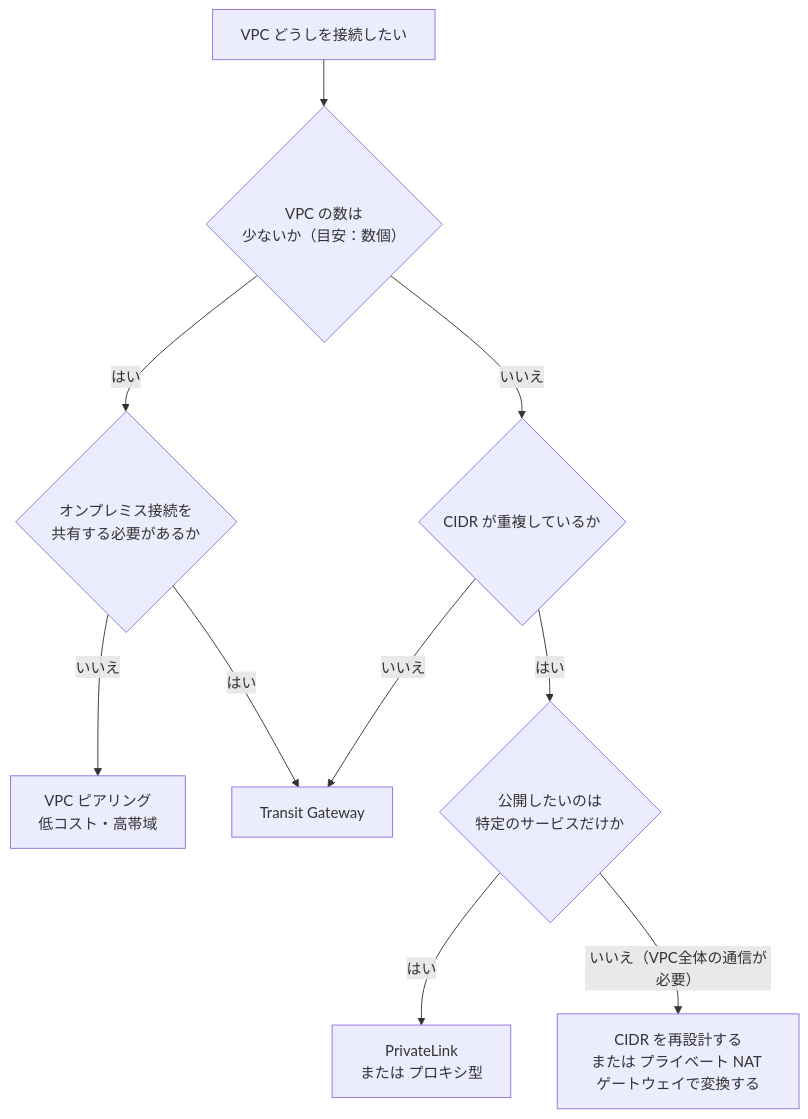
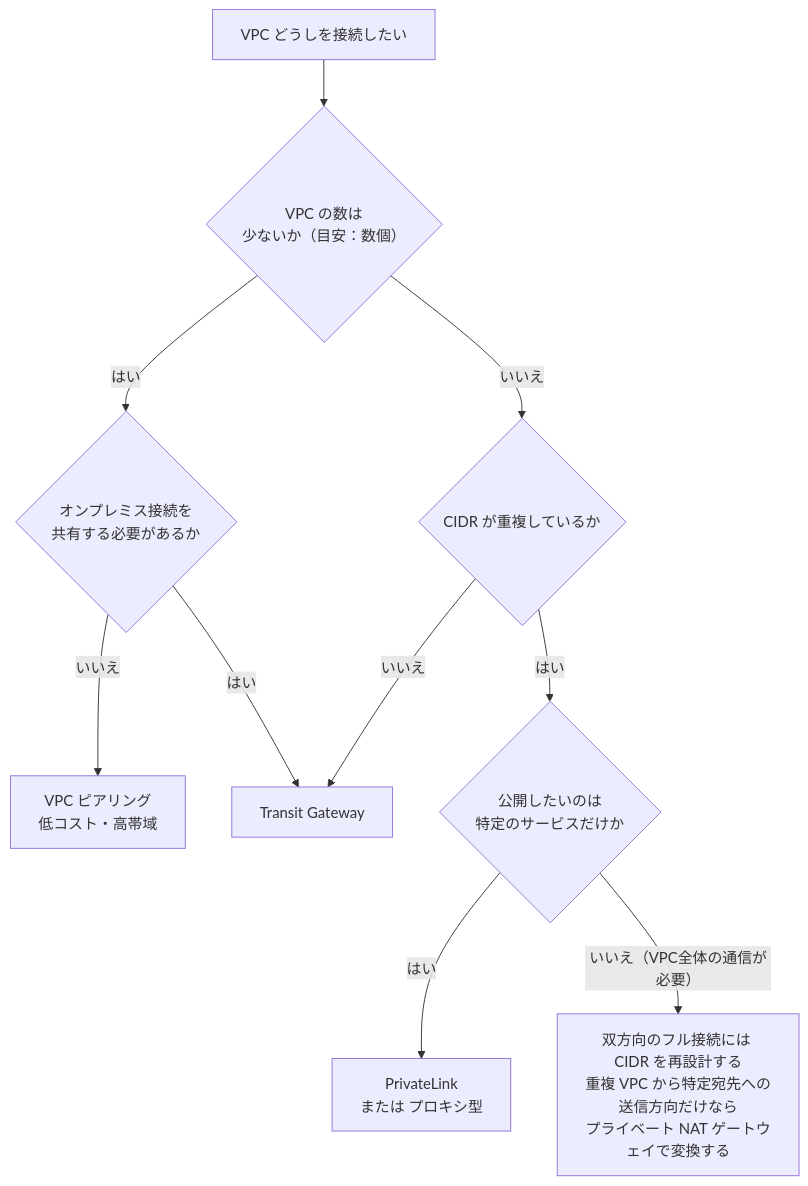
Before and after one commit to myoshi2891/Cloud-Infrastructure-and-Network-Studies: diagram 19 of 26 in Ans-c01-domain3-network-management-operation-guide.md, drawn with Mermaid. The commit also changed other lines of this file and 3 other files, not shown here.

````diff
--- a/Ans-c01-domain3-network-management-operation-guide.md
+++ b/Ans-c01-domain3-network-management-operation-guide.md
@@ -1056,12 +1056,12 @@
 ```mermaid
 flowchart TD
     A["VPC どうしを接続したい"] --> B{"VPC の数は<br/>少ないか（目安：数個）"}
     B -- "はい" --> C{"オンプレミス接続を<br/>共有する必要があるか"}
     C -- "いいえ" --> PEER["VPC ピアリング<br/>低コスト・高帯域"]
     C -- "はい" --> TGW["Transit Gateway"]
     B -- "いいえ" --> D{"CIDR が重複しているか"}
     D -- "はい" --> E{"公開したいのは<br/>特定のサービスだけか"}
     E -- "はい" --> PL["PrivateLink<br/>または プロキシ型"]
-    E -- "いいえ（VPC全体の通信が必要）" --> RE["CIDR を再設計する<br/>または プライベート NAT ゲートウェイで変換する"]
+    E -- "いいえ（VPC全体の通信が必要）" --> RE["双方向のフル接続には CIDR を再設計する<br/>重複 VPC から特定宛先への送信方向だけなら<br/>プライベート NAT ゲートウェイで変換する"]
     D -- "いいえ" --> TGW
 ```
````
